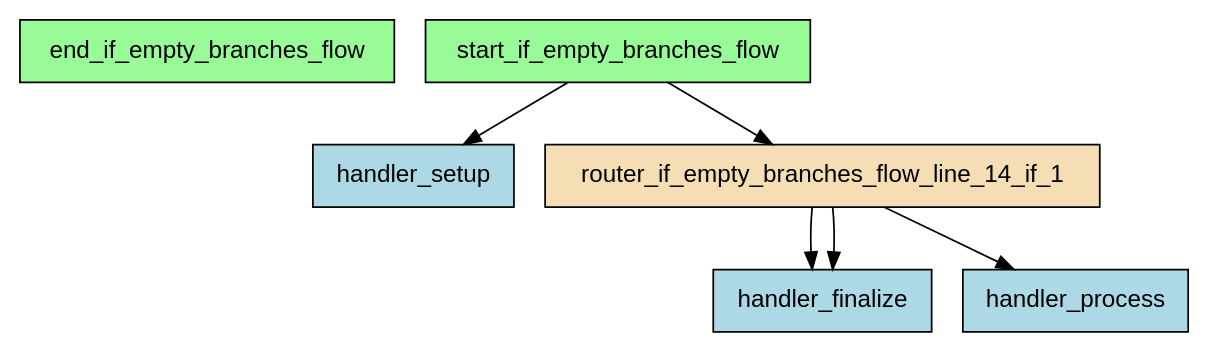
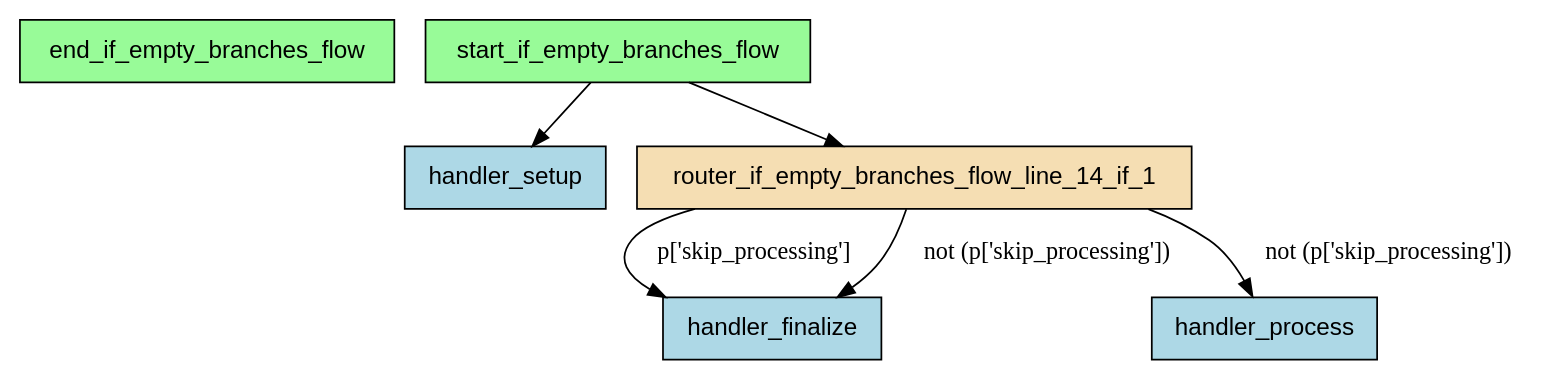
One commit to deliveryhero/asya changed the diagram in examples/flows/compiled/if_one_empty_branch/flow.dot. Above: the diagram before and after it, drawn with Graphviz. The commit also changed 163 other files, not shown here.

```diff
--- a/examples/flows/compiled/if_one_empty_branch/flow.dot
+++ b/examples/flows/compiled/if_one_empty_branch/flow.dot
@@ -1,17 +1,17 @@
 digraph "if_empty_branches_flow" {
     rankdir=TB;
     node [shape=box, style=filled, fontname="Helvetica"];
 
     end_if_empty_branches_flow [label="end_if_empty_branches_flow", fillcolor=palegreen];
     handler_finalize [label="handler_finalize", fillcolor=lightblue];
     handler_process [label="handler_process", fillcolor=lightblue];
     handler_setup [label="handler_setup", fillcolor=lightblue];
     router_if_empty_branches_flow_line_14_if_1 [label="router_if_empty_branches_flow_line_14_if_1", fillcolor=wheat];
     start_if_empty_branches_flow [label="start_if_empty_branches_flow", fillcolor=palegreen];
 
     start_if_empty_branches_flow -> handler_setup;
     start_if_empty_branches_flow -> router_if_empty_branches_flow_line_14_if_1;
-    router_if_empty_branches_flow_line_14_if_1 -> handler_finalize;
-    router_if_empty_branches_flow_line_14_if_1 -> handler_process;
-    router_if_empty_branches_flow_line_14_if_1 -> handler_finalize;
+    router_if_empty_branches_flow_line_14_if_1 -> handler_finalize [label="p['skip_processing']"];
+    router_if_empty_branches_flow_line_14_if_1 -> handler_process [label="not (p['skip_processing'])"];
+    router_if_empty_branches_flow_line_14_if_1 -> handler_finalize [label="not (p['skip_processing'])"];
 }
```
